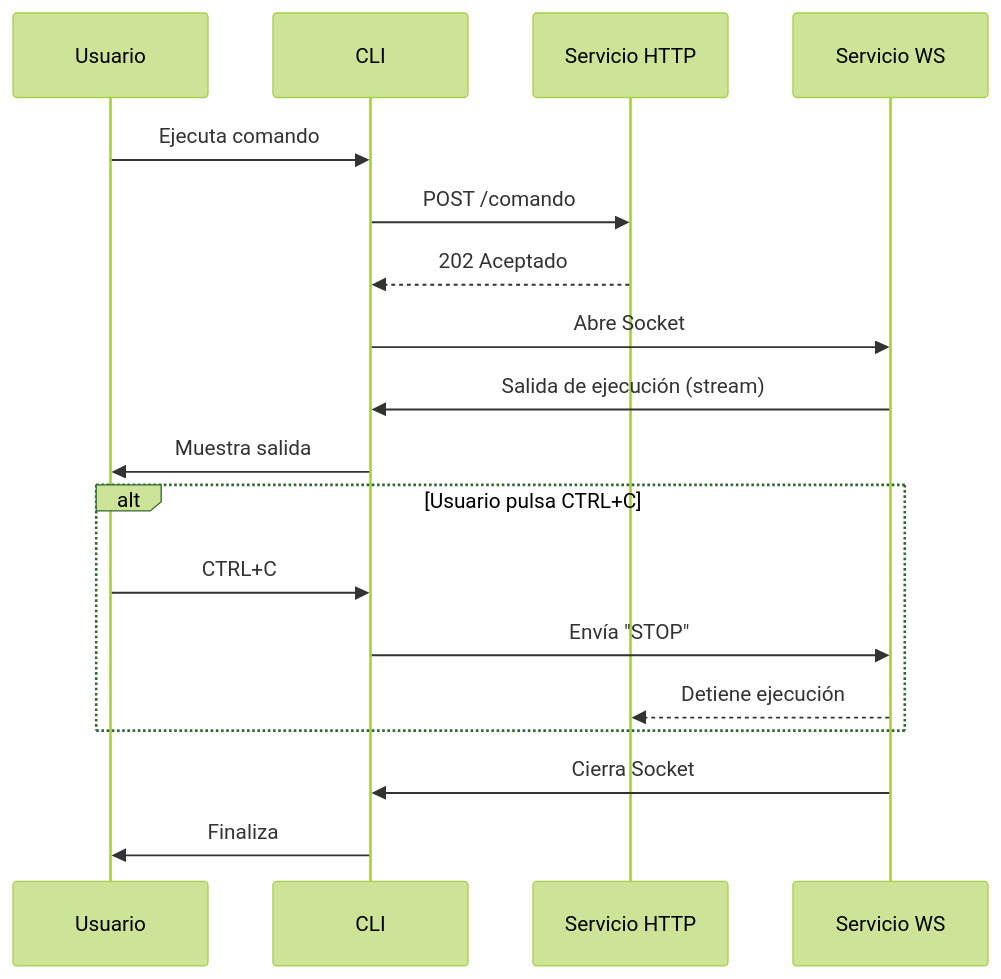
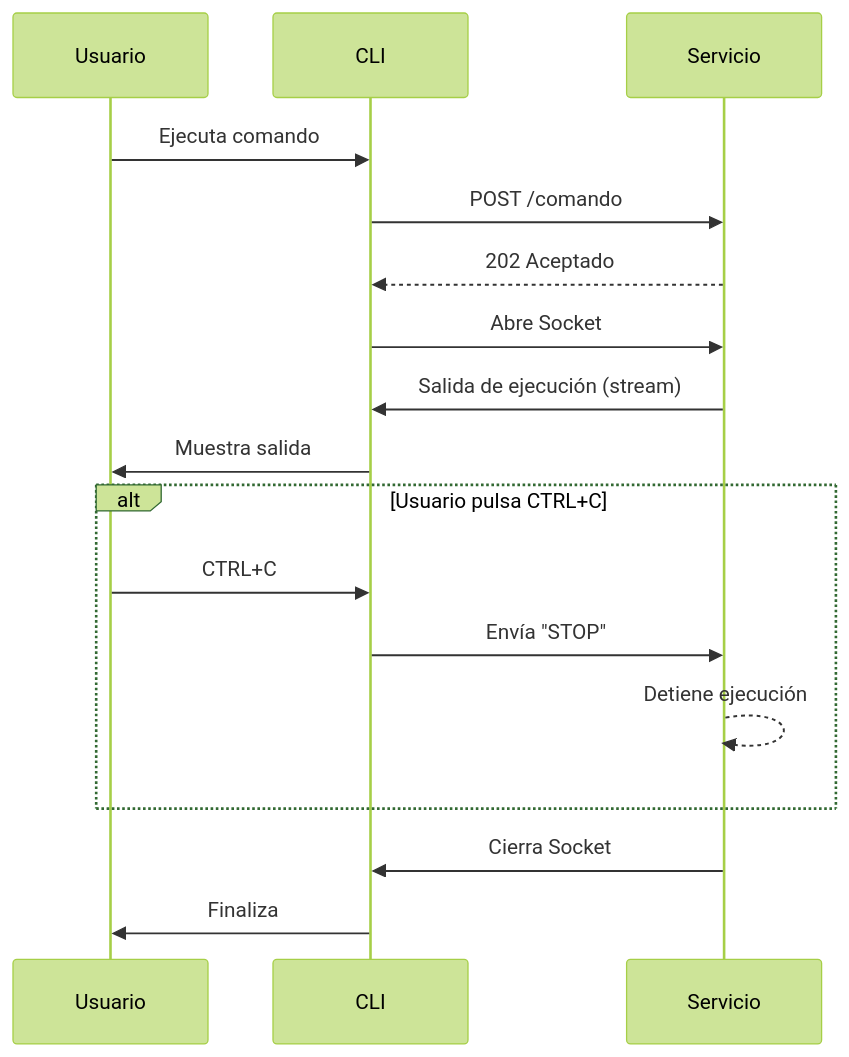
The diagram in README.md (wakamiti/wakamiti-runtime), drawn with Mermaid (forest theme) before and after one commit. The commit also changed other lines of this file and 2 other files, not shown here.

Commit message:
docs: update README files with badge information and improve architecture diagrams

````diff
--- a/README.md
+++ b/README.md
@@ -22,24 +15,23 @@
 ```mermaid
 sequenceDiagram
     participant Usuario
     participant CLI
-    participant Servicio HTTP
-    participant Servicio WS
+    participant Servicio
 
     Usuario->>CLI: Ejecuta comando
-    CLI->>Servicio HTTP: POST /comando
-    Servicio HTTP-->>CLI: 202 Aceptado
+    CLI->>Servicio: POST /comando
+    Servicio-->>CLI: 202 Aceptado
 
-    CLI->>Servicio WS: Abre Socket
-    Servicio WS->>CLI: Salida de ejecución (stream)
+    CLI->>Servicio: Abre Socket
+    Servicio->>CLI: Salida de ejecución (stream)
     CLI->>Usuario: Muestra salida
 
     alt Usuario pulsa CTRL+C
         Usuario->>CLI: CTRL+C
-        CLI->>Servicio WS: Envía "STOP"
-        Servicio WS-->>Servicio HTTP: Detiene ejecución
+        CLI->>Servicio: Envía "STOP"
+        Servicio-->>Servicio: Detiene ejecución
     end
 
-    Servicio WS->>CLI: Cierra Socket
+    Servicio->>CLI: Cierra Socket
     CLI->>Usuario: Finaliza
 ```
````
